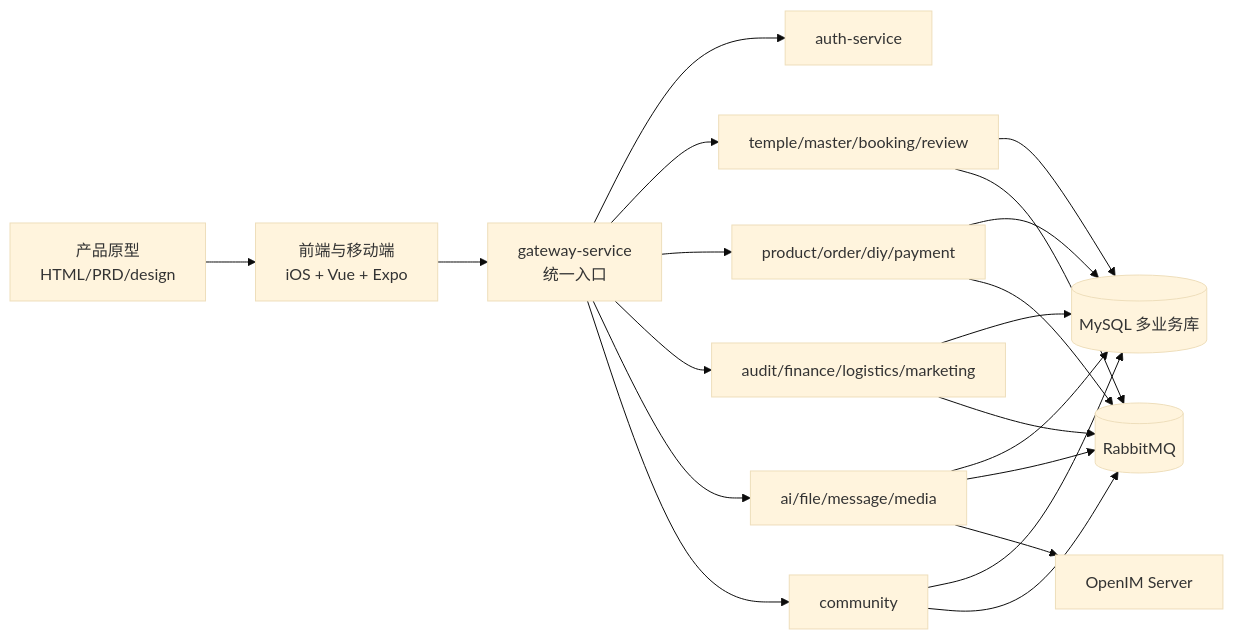
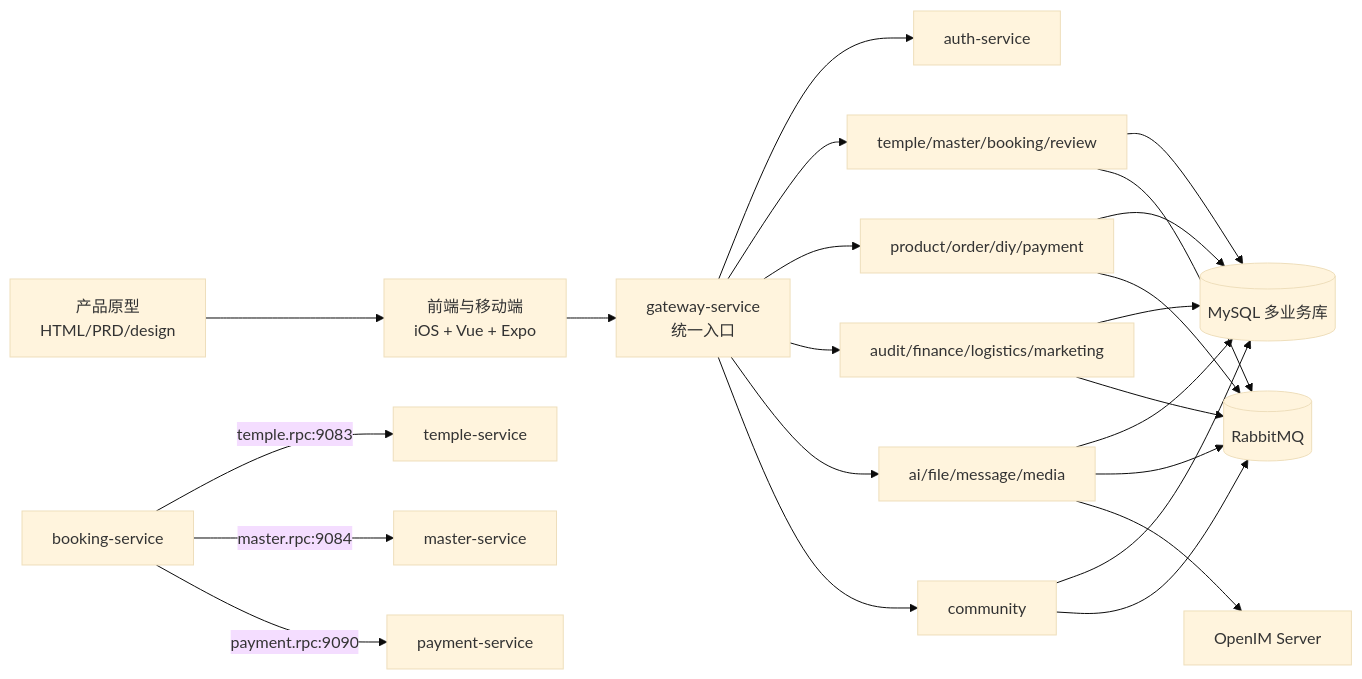
One commit to askxuan-dongfang/askxuan-docs changed the first of 3 diagrams in docs/product/业务逻辑对齐审计报告.md. Above: the diagram before and after it, drawn with Mermaid (base theme). The commit also changed other lines of this file and 10 other files, not shown here.

Commit message:
docs: align booking payment and grpc contracts

````diff
--- a/docs/product/业务逻辑对齐审计报告.md
+++ b/docs/product/业务逻辑对齐审计报告.md
@@ -19,25 +19,29 @@
 ```mermaid
 flowchart LR
     Prototype[产品原型<br/>HTML/PRD/design] --> Frontend[前端与移动端<br/>iOS + Vue + Expo]
     Frontend --> Gateway[gateway-service<br/>统一入口]
     Gateway --> Auth[auth-service]
     Gateway --> Content[temple/master/booking/review]
     Gateway --> Commerce[product/order/diy/payment]
     Gateway --> Ops[audit/finance/logistics/marketing]
     Gateway --> Infra[ai/file/message/media]
     Gateway --> Community[community]
 
     Content --> DB[(MySQL 多业务库)]
     Commerce --> DB
     Ops --> DB
     Infra --> DB
     Community --> DB
 
     Commerce --> MQ[(RabbitMQ)]
     Content --> MQ
     Ops --> MQ
     Infra --> MQ
     Community --> MQ
 
     Infra --> OpenIM[OpenIM Server]
+
+	B[booking-service] -->|temple.rpc:9083| TempleRpc[temple-service]
+	B -->|master.rpc:9084| MasterRpc[master-service]
+	B -->|payment.rpc:9090| PaymentRpc[payment-service]
 ```
````
